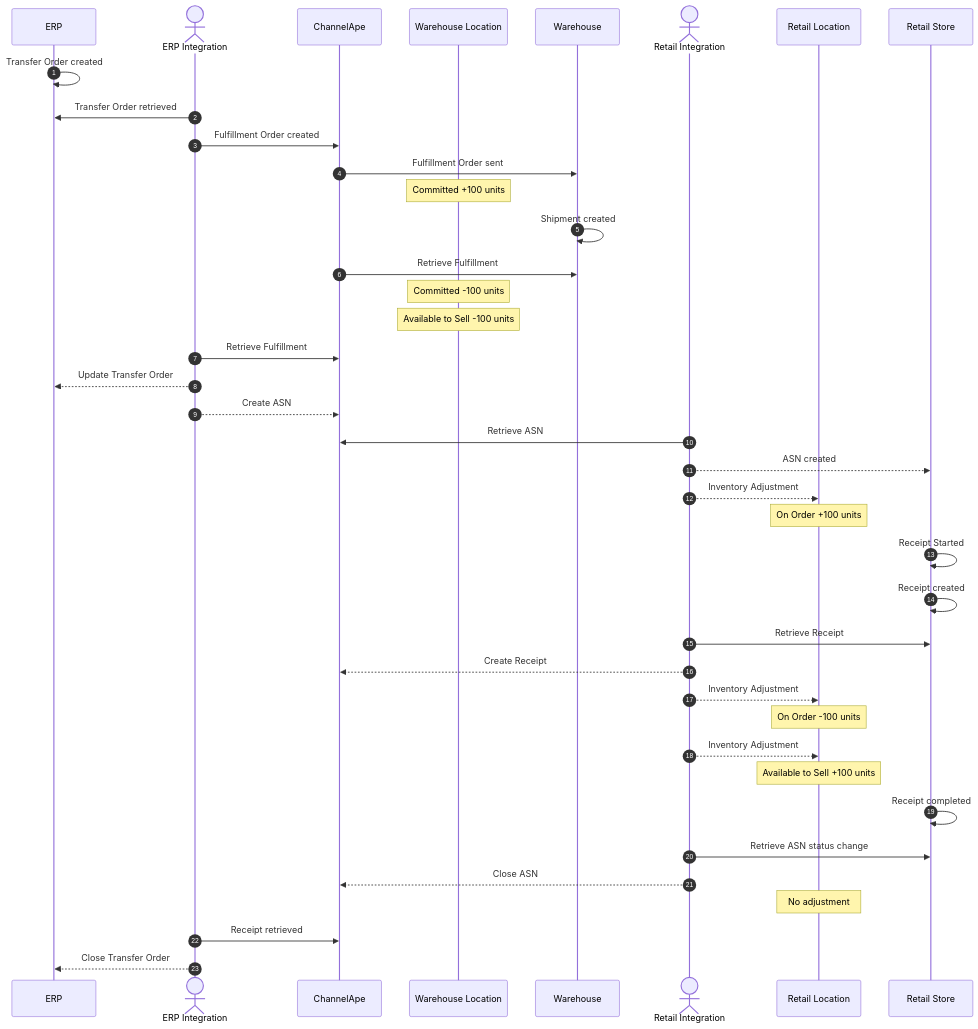
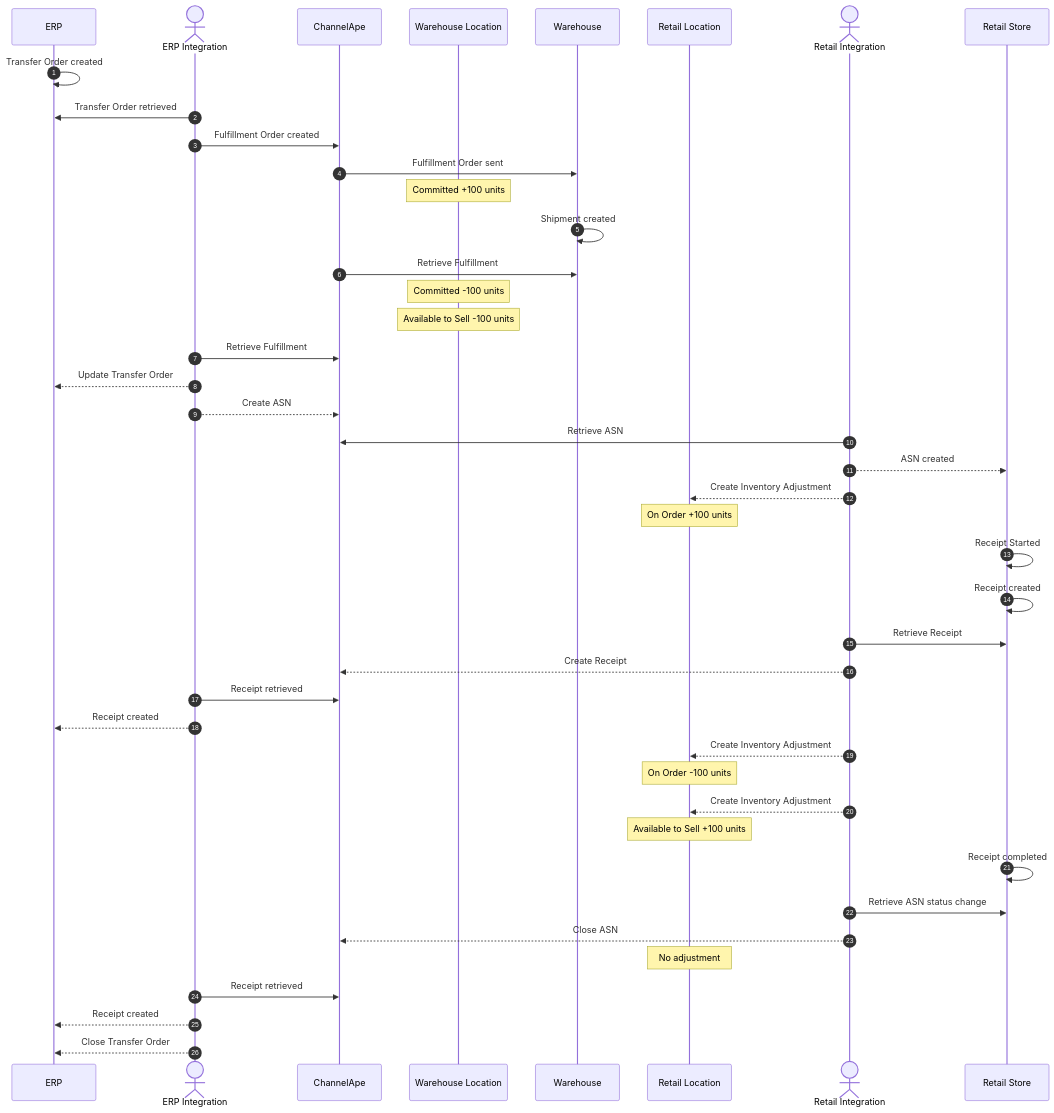
Before and after one commit to ChannelApe/channelape-docs: the first of 6 diagrams in data-flows/transfer-orders/README.md, drawn with Mermaid. The commit also changed other lines of this file, not shown here.

Commit message:
Moved Retail Location closer to CA, clarified Adjustment actors, and cleaned up the ERP actions for Transfer receipts and completion

````diff
--- a/data-flows/transfer-orders/README.md
+++ b/data-flows/transfer-orders/README.md
@@ -24,54 +24,57 @@
 ```mermaid
 sequenceDiagram
     autonumber
     participant ERP
     actor ERP Integration
     participant ChannelApe
     participant Warehouse Location
     participant Warehouse
+    participant Retail Location
     actor Retail Integration
-    participant Retail Location
     participant Retail Store
 
     ERP->>ERP: Transfer Order created
 
     ERP Integration->>ERP: Transfer Order retrieved
     ERP Integration->>ChannelApe: Fulfillment Order created
 
     ChannelApe->>Warehouse: Fulfillment Order sent
     note over Warehouse Location: Committed +100 units
 
     Warehouse->>Warehouse: Shipment created
     
     ChannelApe->>Warehouse: Retrieve Fulfillment
     note over Warehouse Location: Committed -100 units
     note over Warehouse Location: Available to Sell -100 units
 
     ERP Integration->>ChannelApe: Retrieve Fulfillment
     ERP Integration-->>ERP: Update Transfer Order
     ERP Integration-->>ChannelApe: Create ASN
     
     Retail Integration->>ChannelApe: Retrieve ASN
     Retail Integration-->>Retail Store: ASN created
-    Retail Integration-->>Retail Location: Inventory Adjustment
+    Retail Integration-->>Retail Location: Create Inventory Adjustment
     note over Retail Location: On Order +100 units
 
     Retail Store->>Retail Store: Receipt Started
 
     Retail Store->>Retail Store: Receipt created
     Retail Integration->>Retail Store: Retrieve Receipt
     Retail Integration-->>ChannelApe: Create Receipt
-    Retail Integration-->>Retail Location: Inventory Adjustment
+    ERP Integration->>ChannelApe: Receipt retrieved
+    ERP Integration-->>ERP: Receipt created
+    Retail Integration-->>Retail Location: Create Inventory Adjustment
     note over Retail Location: On Order -100 units
-    Retail Integration-->>Retail Location: Inventory Adjustment
+    Retail Integration-->>Retail Location: Create Inventory Adjustment
     note over Retail Location: Available to Sell +100 units
 
     Retail Store->>Retail Store: Receipt completed
 
     Retail Integration->>Retail Store: Retrieve ASN status change
     Retail Integration-->>ChannelApe: Close ASN
     note over Retail Location: No adjustment
 
     ERP Integration->>ChannelApe: Receipt retrieved
+    ERP Integration-->>ERP: Receipt created
     ERP Integration-->>ERP: Close Transfer Order
 ```
````
